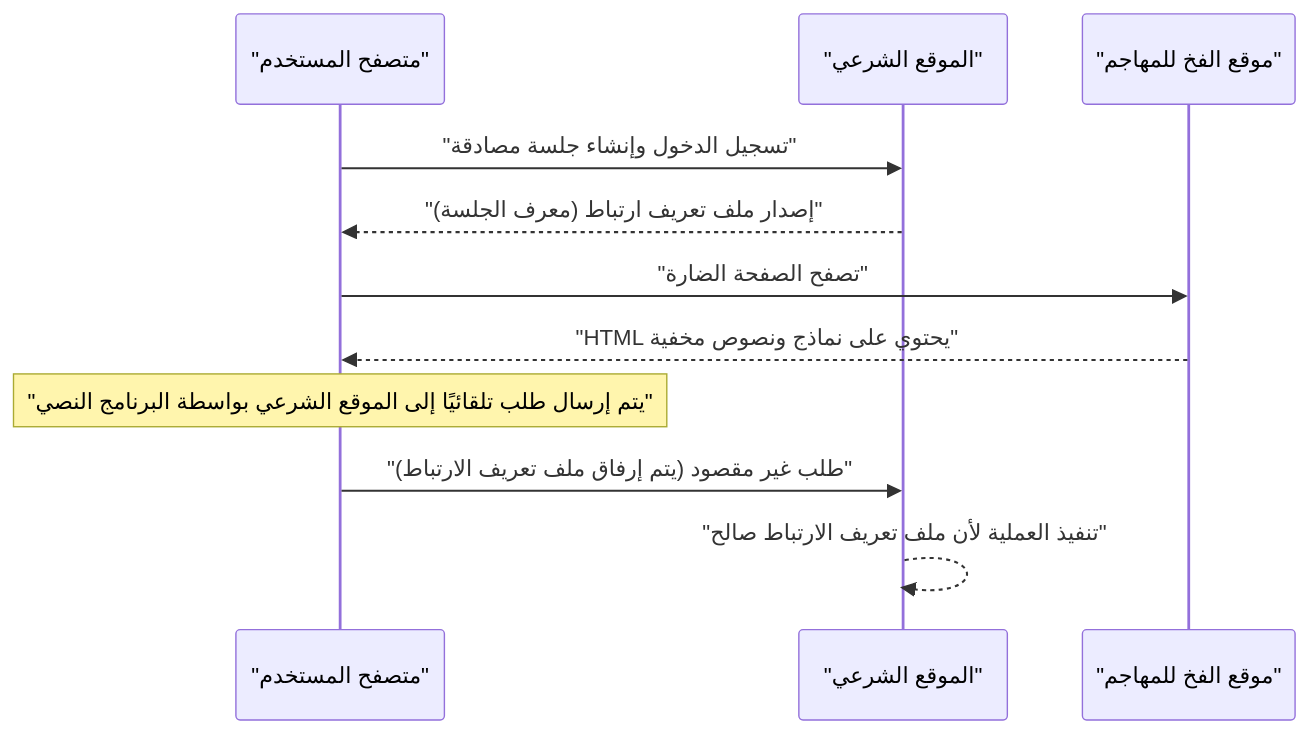
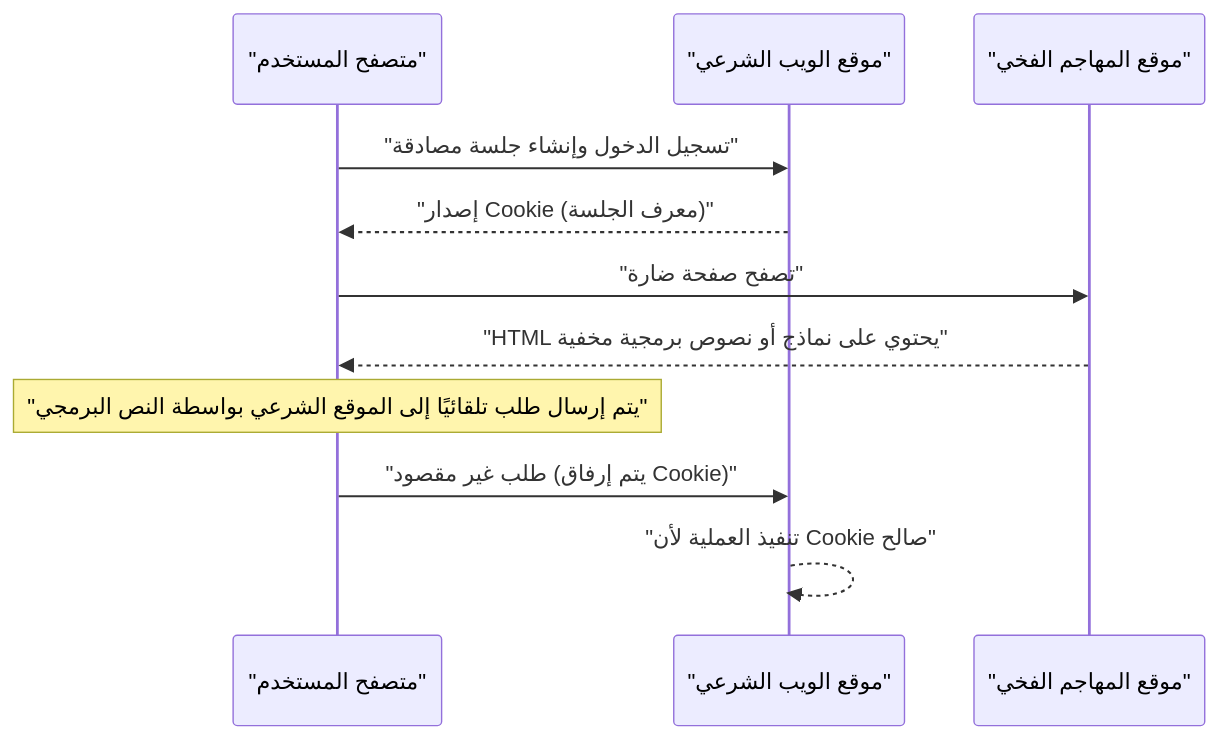
The second of 2 diagrams in content/post/web-application-vulnerability-owasp-top-10/index.ar.md (kenjinote/blog), drawn with Mermaid before and after one commit. The commit also changed other lines of this file and 12 other files, not shown here.

````diff
--- a/content/post/web-application-vulnerability-owasp-top-10/index.ar.md
+++ b/content/post/web-application-vulnerability-owasp-top-10/index.ar.md
@@ -232,16 +232,16 @@
 ```mermaid
 sequenceDiagram
-    participant "متصفح المستخدم"
-    participant "الموقع الشرعي"
-    participant "موقع الفخ للمهاجم"
+    participant A as "متصفح المستخدم"
+    participant B as "موقع الويب الشرعي"
+    participant C as "موقع المهاجم الفخي"
 
-    "متصفح المستخدم"->>"الموقع الشرعي": "تسجيل الدخول وإنشاء جلسة مصادقة"
-    "الموقع الشرعي"-->>"متصفح المستخدم": "إصدار ملف تعريف ارتباط (معرف الجلسة)"
+    A->>B: "تسجيل الدخول وإنشاء جلسة مصادقة"
+    B-->>A: "إصدار Cookie (معرف الجلسة)"
     
-    "متصفح المستخدم"->>"موقع الفخ للمهاجم": "تصفح الصفحة الضارة"
-    "موقع الفخ للمهاجم"-->>"متصفح المستخدم": "HTML يحتوي على نماذج ونصوص مخفية"
+    A->>C: "تصفح صفحة ضارة"
+    C-->>A: "HTML يحتوي على نماذج أو نصوص برمجية مخفية"
     
-    Note over "متصفح المستخدم": "يتم إرسال طلب تلقائيًا إلى الموقع الشرعي بواسطة البرنامج النصي"
-    "متصفح المستخدم"->>"الموقع الشرعي": "طلب غير مقصود (يتم إرفاق ملف تعريف الارتباط)"
-    "الموقع الشرعي"-->>"الموقع الشرعي": "تنفيذ العملية لأن ملف تعريف الارتباط صالح"
+    Note over A: "يتم إرسال طلب تلقائيًا إلى الموقع الشرعي بواسطة النص البرمجي"
+    A->>B: "طلب غير مقصود (يتم إرفاق Cookie)"
+    B-->>B: "تنفيذ العملية لأن Cookie صالح"
 ```
````
